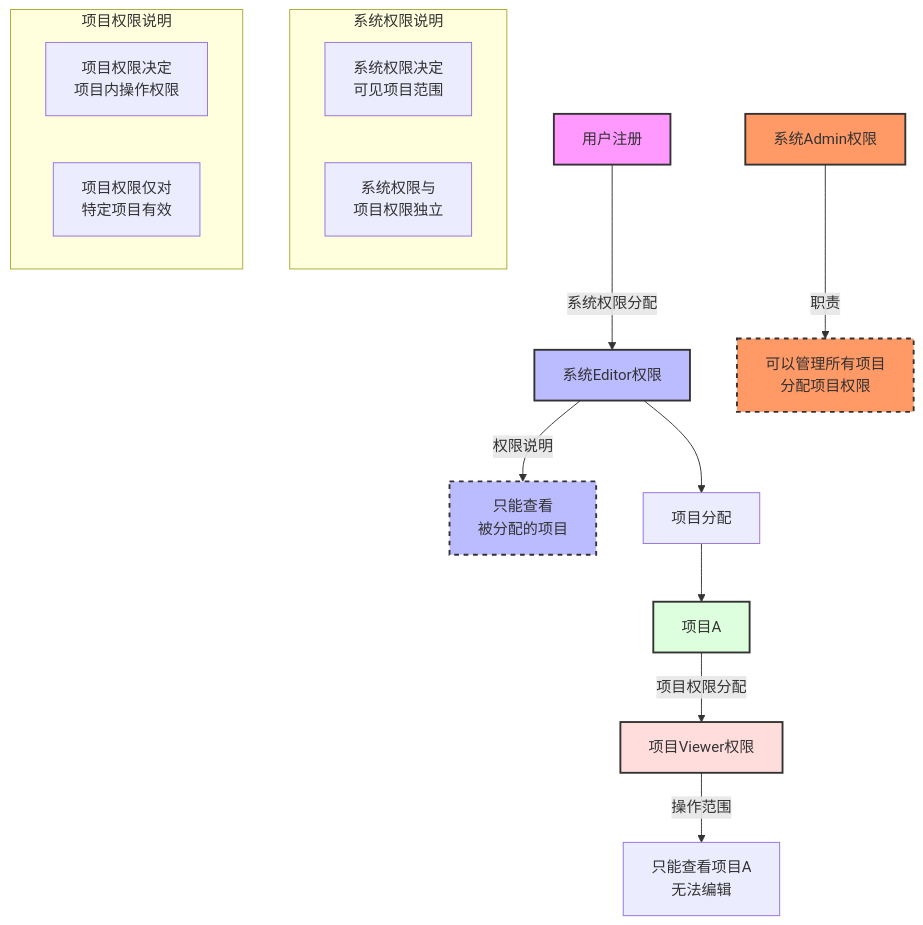
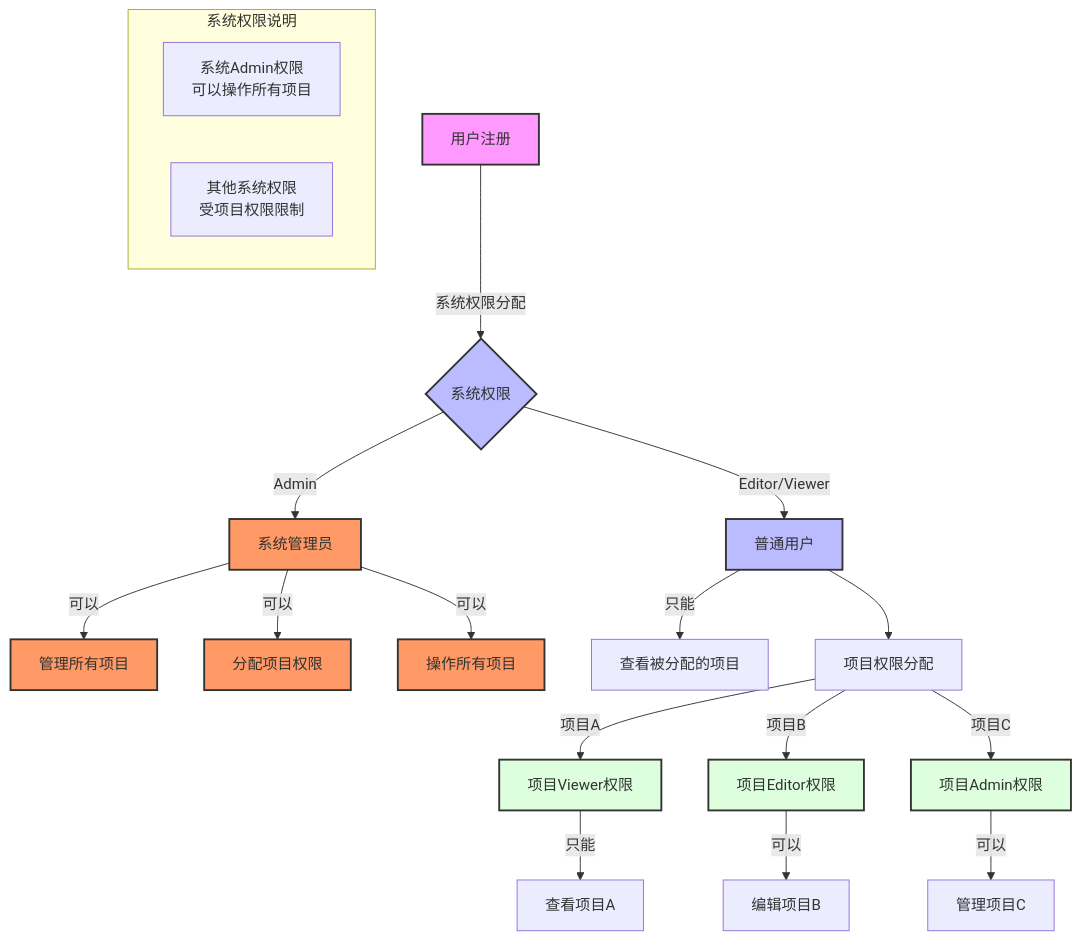
Before and after one commit to XcodeFish/CodeGeniusHub: the diagram in docs/user-project-permission-flow.md, drawn with Mermaid.

Commit message:
fix: 系统权限与项目权限设计

````diff
--- a/docs/user-project-permission-flow.md
+++ b/docs/user-project-permission-flow.md
@@ -1,45 +1,44 @@
 ```mermaid
 graph TD
     %% 用户权限部分
-    A[用户注册] -->|系统权限分配| B[系统Editor权限]
+    A[用户注册] -->|系统权限分配| B{系统权限}
+    B -->|Admin| C[系统管理员]
+    B -->|Editor/Viewer| D[普通用户]
 
-    %% 系统权限说明
-    B -->|权限说明| B1[只能查看<br/>被分配的项目]
+    %% 系统管理员权限
+    C -->|可以| C1[管理所有项目]
+    C -->|可以| C2[分配项目权限]
+    C -->|可以| C3[操作所有项目]
 
-    %% 项目分配流程
-    B --> C[项目分配]
-    C --> D[项目A]
+    %% 普通用户权限
+    D -->|只能| D1[查看被分配的项目]
+    D --> E[项目权限分配]
 
     %% 项目权限说明
-    D -->|项目权限分配| E[项目Viewer权限]
+    E -->|项目A| F[项目Viewer权限]
+    E -->|项目B| G[项目Editor权限]
+    E -->|项目C| H[项目Admin权限]
 
     %% 项目权限具体操作
-    E -->|操作范围| E1[只能查看项目A<br/>无法编辑]
-
-    %% 系统Admin权限说明
-    Z[系统Admin权限] -->|职责| Z1[可以管理所有项目<br/>分配项目权限]
-
-    %% 权限关系说明
-    classDef note fill:#fff,stroke:#333,stroke-dasharray: 5 5
-    class B1,Z1 note
+    F -->|只能| F1[查看项目A]
+    G -->|可以| G1[编辑项目B]
+    H -->|可以| H1[管理项目C]
 
     %% 样式设置
     style A fill:#f9f,stroke:#333,stroke-width:2px
     style B fill:#bbf,stroke:#333,stroke-width:2px
-    style B1 fill:#bbf,stroke:#333,stroke-width:2px
-    style D fill:#dfd,stroke:#333,stroke-width:2px
-    style E fill:#fdd,stroke:#333,stroke-width:2px
-    style Z fill:#f96,stroke:#333,stroke-width:2px
-    style Z1 fill:#f96,stroke:#333,stroke-width:2px
+    style C fill:#f96,stroke:#333,stroke-width:2px
+    style D fill:#bbf,stroke:#333,stroke-width:2px
+    style C1 fill:#f96,stroke:#333,stroke-width:2px
+    style C2 fill:#f96,stroke:#333,stroke-width:2px
+    style C3 fill:#f96,stroke:#333,stroke-width:2px
+    style F fill:#dfd,stroke:#333,stroke-width:2px
+    style G fill:#dfd,stroke:#333,stroke-width:2px
+    style H fill:#dfd,stroke:#333,stroke-width:2px
 
     %% 权限说明
     subgraph 系统权限说明
-        S1[系统权限决定<br/>可见项目范围]
-        S2[系统权限与<br/>项目权限独立]
-    end
-
-    subgraph 项目权限说明
-        P1[项目权限决定<br/>项目内操作权限]
-        P2[项目权限仅对<br/>特定项目有效]
+        S1[系统Admin权限<br/>可以操作所有项目]
+        S2[其他系统权限<br/>受项目权限限制]
     end
 ```
````
